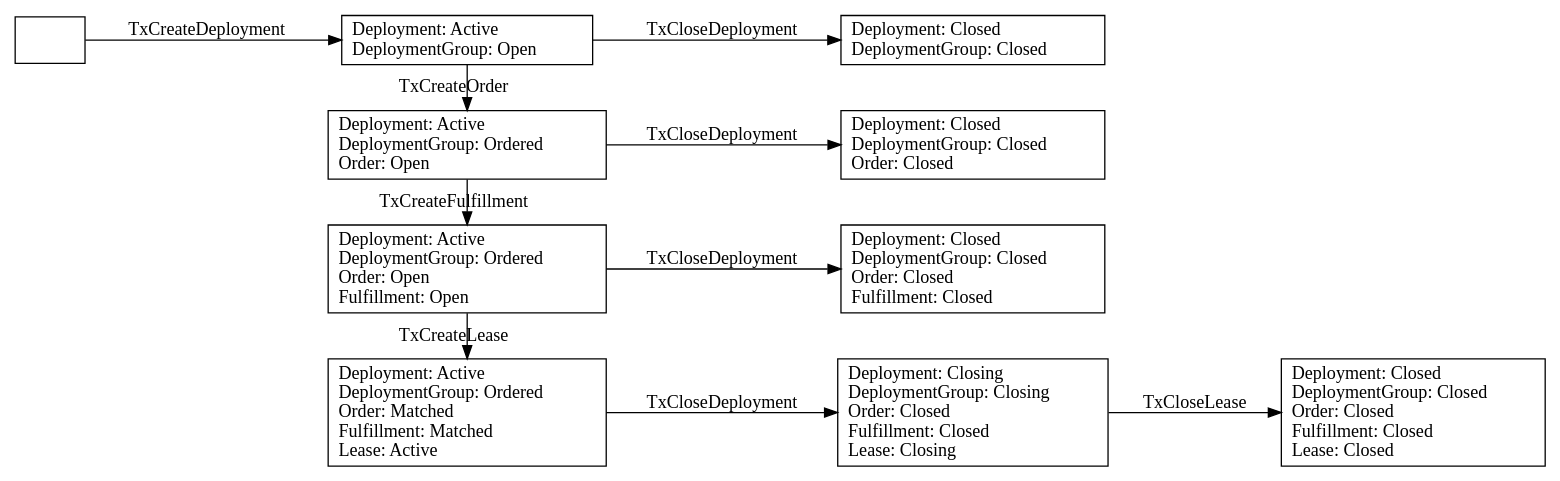
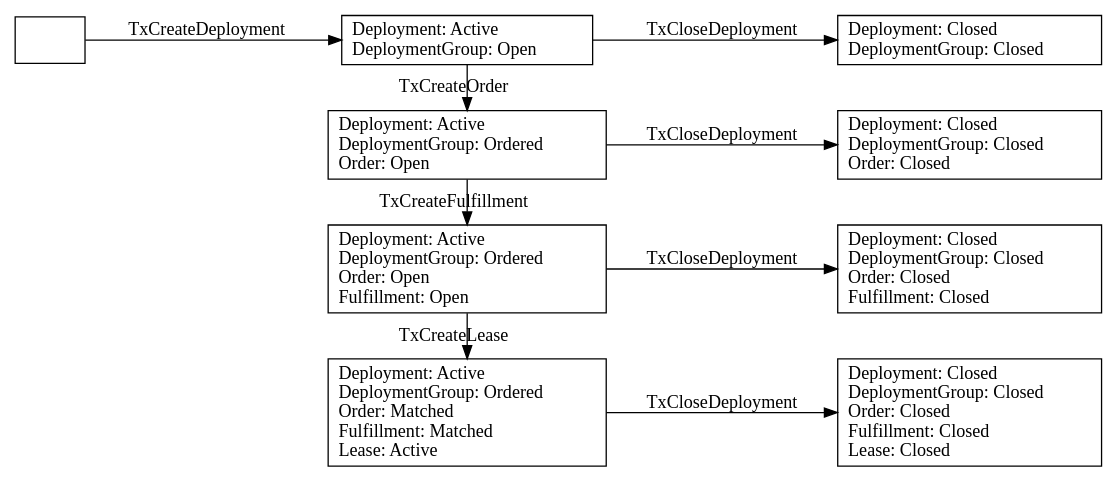
Before and after one commit to akash-network/node: the diagram in _docs/dot/tenant-cancel.dot, drawn with Graphviz. The commit also changed 17 other files, not shown here.

```diff
--- a/_docs/dot/tenant-cancel.dot
+++ b/_docs/dot/tenant-cancel.dot
@@ -1,35 +1,29 @@
 digraph marketplace {
 
   rankdir=LR;
 
   "0"     [shape=box label=""];
 
   "1"     [shape=box labeljust="1" label="Deployment: Active\lDeploymentGroup: Open\l"];
   "2"     [shape=box labeljust="1" label="Deployment: Active\lDeploymentGroup: Ordered\lOrder: Open\l"];
   "3"     [shape=box labeljust="1" label="Deployment: Active\lDeploymentGroup: Ordered\lOrder: Open\lFulfillment: Open\l"];
   "4"     [shape=box labeljust="1" label="Deployment: Active\lDeploymentGroup: Ordered\lOrder: Matched\lFulfillment: Matched\lLease: Active\l"];
 
   "5"     [shape=box label="Deployment: Closed\lDeploymentGroup: Closed\l"];
   "6"     [shape=box label="Deployment: Closed\lDeploymentGroup: Closed\lOrder: Closed\l"];
   "7"     [shape=box label="Deployment: Closed\lDeploymentGroup: Closed\lOrder: Closed\lFulfillment: Closed\l"];
-  "8"     [shape=box label="Deployment: Closing\lDeploymentGroup: Closing\lOrder: Closed\lFulfillment: Closed\lLease: Closing\l"];
-
-  "9"    [shape=box label="Deployment: Closed\lDeploymentGroup: Closed\lOrder: Closed\lFulfillment: Closed\lLease: Closed\l"];
+  "8"     [shape=box label="Deployment: Closed\lDeploymentGroup: Closed\lOrder: Closed\lFulfillment: Closed\lLease: Closed\l"];
 
   "0" -> "1"           [label="TxCreateDeployment"];
   "1" -> "2"           [label="TxCreateOrder"];
   "2" -> "3"           [label="TxCreateFulfillment"];
   "3" -> "4"           [label="TxCreateLease"];
 
   "1" -> "5"           [label="TxCloseDeployment"];
   "2" -> "6"           [label="TxCloseDeployment"];
   "3" -> "7"           [label="TxCloseDeployment"];
   "4" -> "8"           [label="TxCloseDeployment"];
 
-  "8" -> "9"          [label="TxCloseLease"];
-
-
   { rank=same "1", "2", "3", "4" }
   { rank=same "5", "6", "7", "8" }
-  { rank=same "9" }
 }
```
